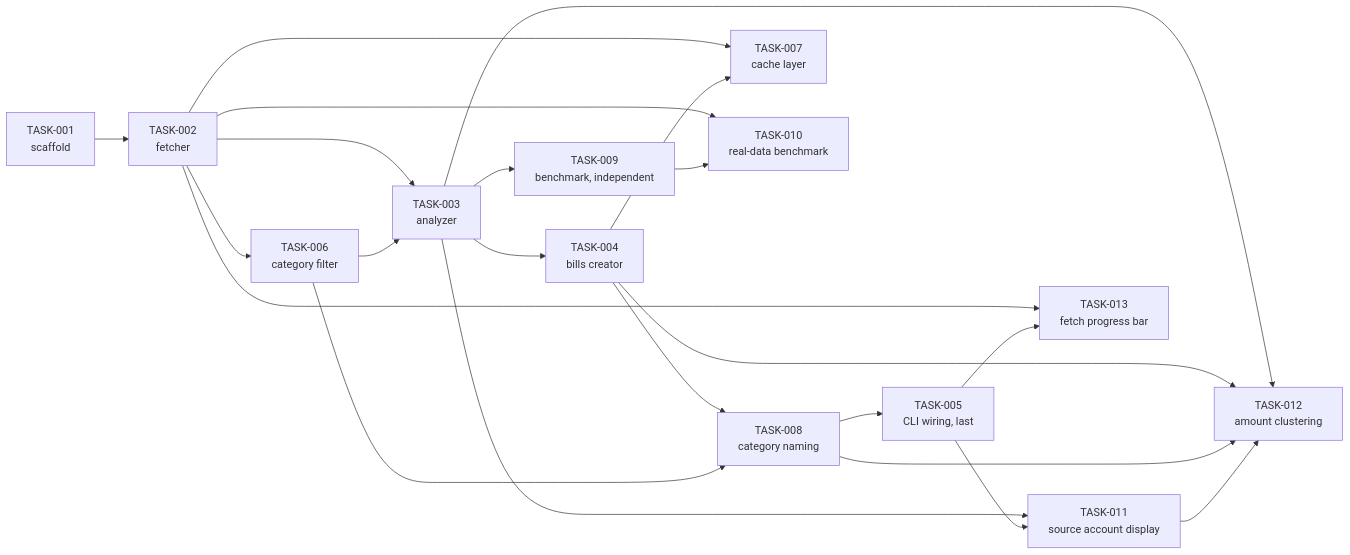
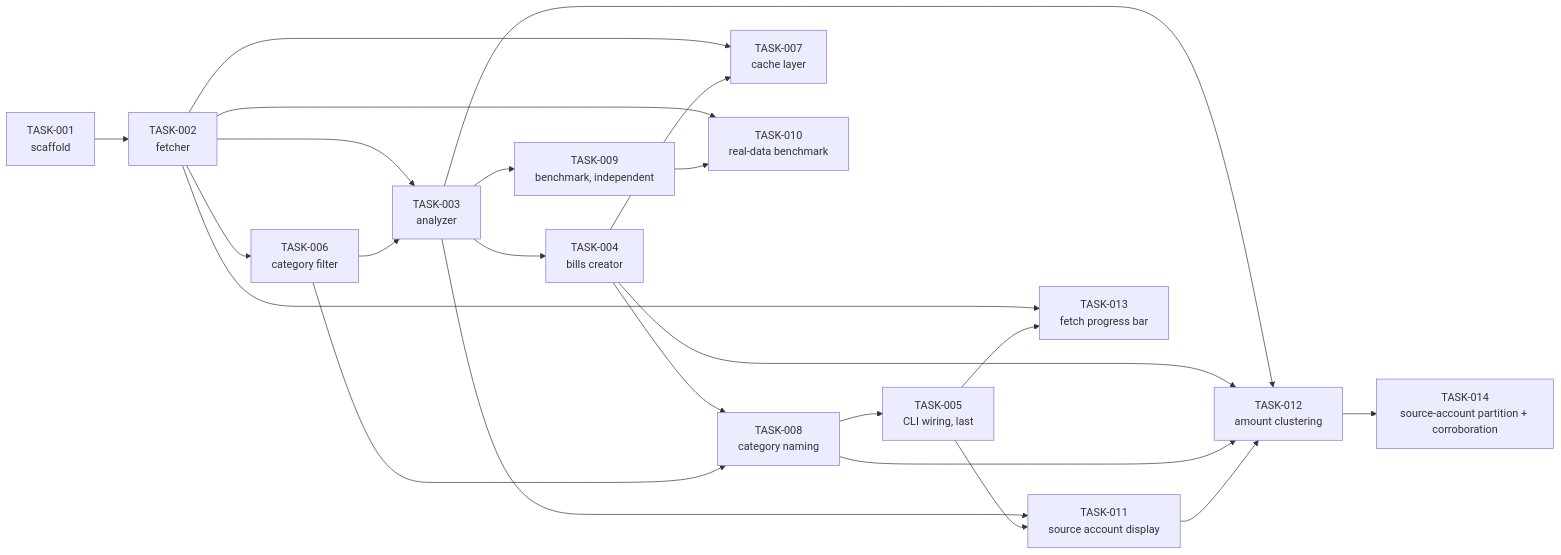
One commit to CmdrPrompt/firefly-bills-analyzer changed the diagram in docs/tasks/README.md. Above: the diagram before and after it, drawn with Mermaid. The commit also changed other lines of this file and 5 other files, not shown here.

Commit message:
Partition payees by source account and require corroborated co-occurrence for amount clustering (TASK-014) (#15)

````diff
--- a/docs/tasks/README.md
+++ b/docs/tasks/README.md
@@ -28,24 +29,25 @@
 ```mermaid
 graph LR
     T001[TASK-001<br/>scaffold] --> T002[TASK-002<br/>fetcher]
     T002 --> T006[TASK-006<br/>category filter]
     T002 --> T003[TASK-003<br/>analyzer]
     T006 --> T003
     T003 --> T004[TASK-004<br/>bills creator]
     T004 --> T008[TASK-008<br/>category naming]
     T006 --> T008
     T002 --> T007[TASK-007<br/>cache layer]
     T004 --> T007
     T008 --> T005[TASK-005<br/>CLI wiring, last]
     T003 --> T009[TASK-009<br/>benchmark, independent]
     T002 --> T010[TASK-010<br/>real-data benchmark]
     T009 --> T010
     T003 --> T011[TASK-011<br/>source account display]
     T005 --> T011
     T003 --> T012[TASK-012<br/>amount clustering]
     T004 --> T012
     T008 --> T012
     T011 --> T012
     T002 --> T013[TASK-013<br/>fetch progress bar]
     T005 --> T013
+    T012 --> T014[TASK-014<br/>source-account partition + corroboration]
 ```
````
